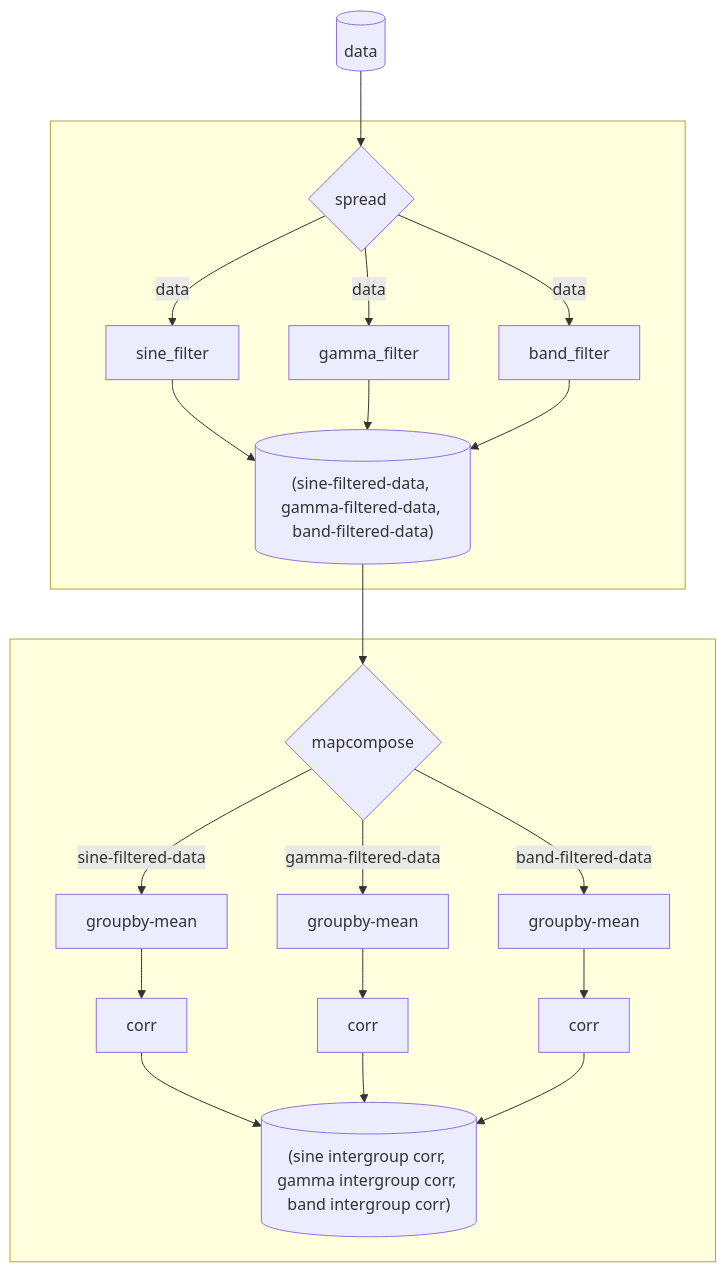
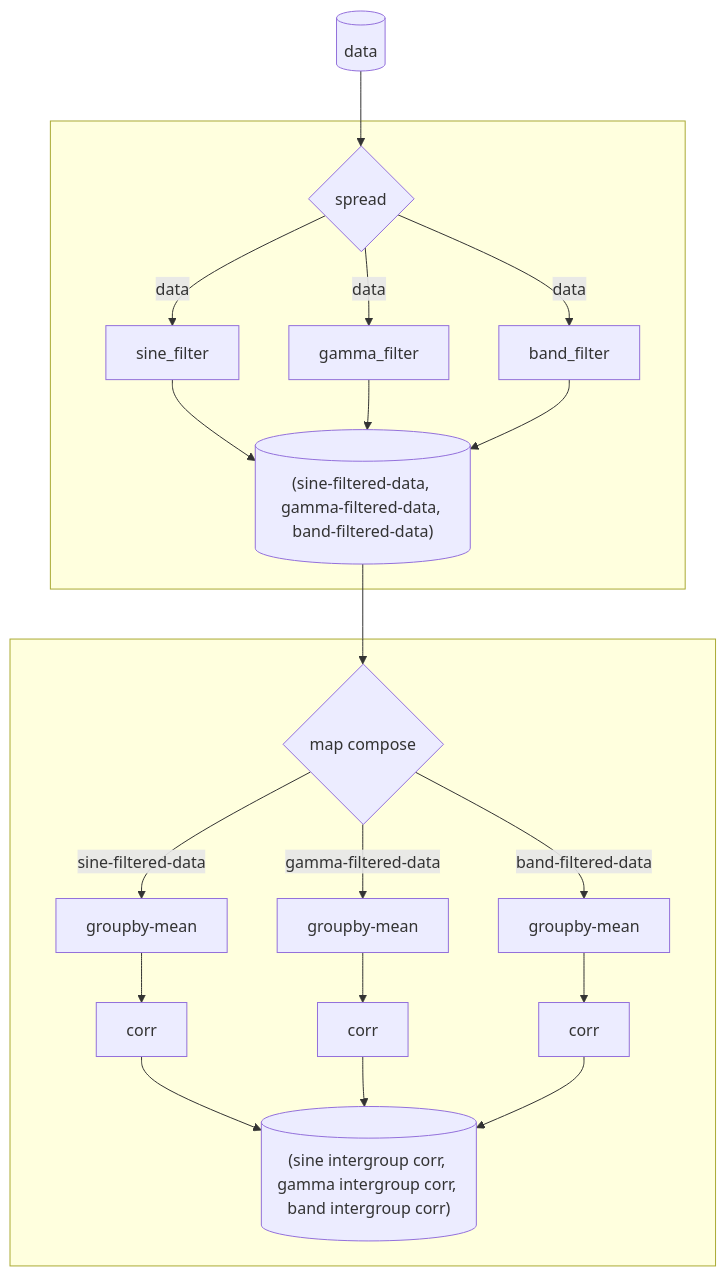
Before and after one commit to ejolly/py-utilz: the seventh of 11 diagrams in docs/pipes.md, drawn with Mermaid. The commit also changed other lines of this file and 3 other files, not shown here.

````diff
--- a/docs/pipes.md
+++ b/docs/pipes.md
@@ -234,25 +233,25 @@
 ```mermaid
 graph TD
   df[(data)]-->spread{spread}
   subgraph  
   spread-- data -->sine[sine_filter]
   spread-- data -->gamma[gamma_filter]
   spread-- data -->band[band_filter]
   sine -->out[("(sine-filtered-data, gamma-filtered-data, band-filtered-data)")]
   gamma -->out
   band -->out
   end
 
-  out -->mapcompose{mapcompose}
+  out -->mapfunc{map compose}
   subgraph  
-  mapcompose-- sine-filtered-data -->aggfuncsine[groupby-mean]
-  mapcompose-- gamma-filtered-data -->aggfuncgamma[groupby-mean]
-  mapcompose-- band-filtered-data -->aggfuncband[groupby-mean]
+  mapfunc-- sine-filtered-data -->aggfuncsine[groupby-mean]
+  mapfunc-- gamma-filtered-data -->aggfuncgamma[groupby-mean]
+  mapfunc-- band-filtered-data -->aggfuncband[groupby-mean]
   aggfuncsine-->aggcorrsine[corr]
   aggfuncgamma-->aggcorrgamma[corr]
   aggfuncband-->aggcorrband[corr]
   aggcorrsine -->dfout[("(sine intergroup corr, gamma intergroup corr, band intergroup corr)")]
   aggcorrgamma -->dfout
   aggcorrband -->dfout
   end
 ```
````
